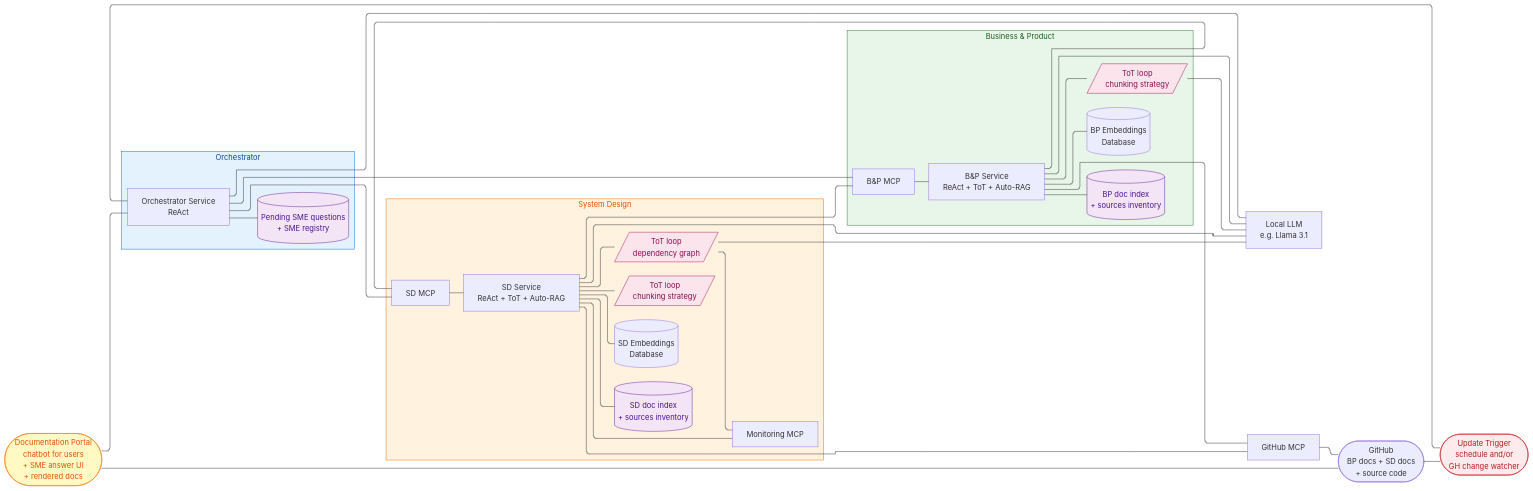
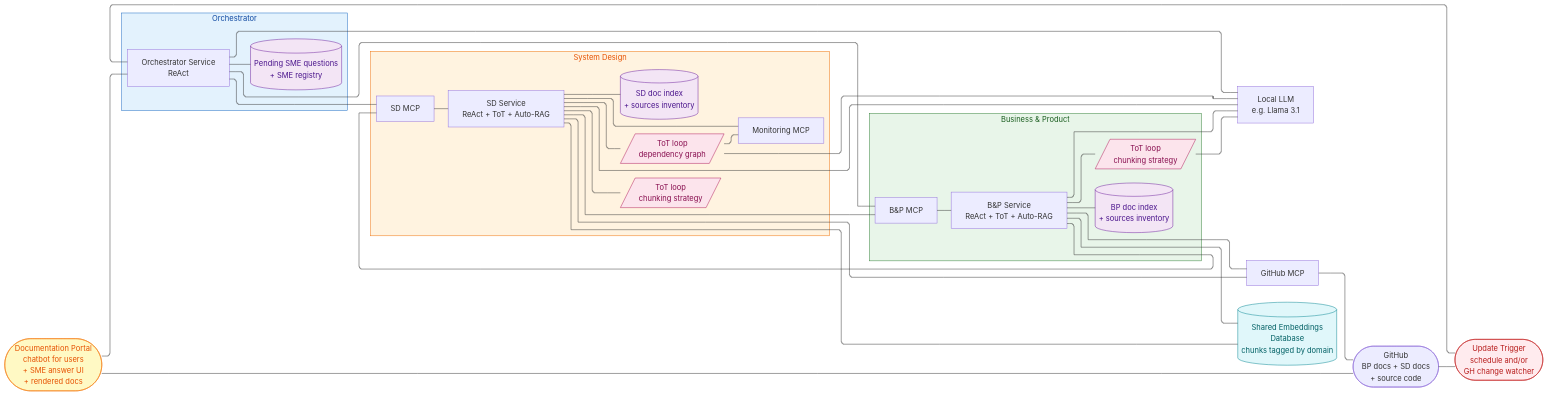
One commit to kikecorona/agentic-ai-capstone-project changed the first of 5 diagrams in PROJECT_ARCHITECTURE.md. Above: the diagram before and after it, drawn with Mermaid. The commit also changed other lines of this file and 1 other file, not shown here.

````diff
--- a/PROJECT_ARCHITECTURE.md
+++ b/PROJECT_ARCHITECTURE.md
@@ -127,76 +132,77 @@
 ```mermaid
 %%{init: {'flowchart': {'defaultRenderer': 'elk', 'curve': 'step'}}}%%
 flowchart LR
     Portal([Documentation Portal<br/>chatbot for users<br/>+ SME answer UI<br/>+ rendered docs])
     Trigger([Update Trigger<br/>schedule and/or<br/>GH change watcher])
     LLM[Local LLM<br/>e.g. Llama 3.1]
     GH([GitHub<br/>BP docs + SD docs<br/>+ source code])
     GH_MCP[GitHub MCP]
+    E_DS[(Shared Embeddings<br/>Database<br/>chunks tagged by domain)]
 
     subgraph OC [Orchestrator]
         OC_Service[Orchestrator Service<br/>ReAct]
         OC_DS[(Pending SME questions<br/>+ SME registry)]
         OC_Service --- OC_DS
     end
 
 subgraph BP [Business &amp; Product]
 BP_MCP[B&amp;P MCP]
 BP_Service[B&amp;P Service<br/>ReAct + ToT + Auto-RAG]
 BP_ToT[/ToT loop<br/>chunking strategy/]
-BP_E_DS[(BP Embeddings<br/>Database)]
 BP_DS[(BP doc index<br/>+ sources inventory)]
 BP_MCP --- BP_Service
 BP_Service --- BP_ToT
-BP_Service --- BP_E_DS
 BP_Service --- BP_DS
 end
 
 subgraph SD [System Design]
 SD_MCP[SD MCP]
 SD_Service[SD Service<br/>ReAct + ToT + Auto-RAG]
 SD_ToT[/ToT loop<br/>dependency graph/]
 SD_ToT_Chunk[/ToT loop<br/>chunking strategy/]
-SD_E_DS[(SD Embeddings<br/>Database)]
 SD_DS[(SD doc index<br/>+ sources inventory)]
 MON_MCP[Monitoring MCP]
 SD_MCP --- SD_Service
 SD_Service --- SD_ToT
 SD_Service --- SD_ToT_Chunk
-SD_Service --- SD_E_DS
 SD_Service --- SD_DS
 SD_ToT --- MON_MCP
 SD_Service --- MON_MCP
 end
 
 Portal --- OC_Service
 Portal --- GH
 Trigger --- OC_Service
 GH --- Trigger
 OC_Service --- LLM
 OC_Service --- BP_MCP
 OC_Service --- SD_MCP
 BP_Service --- LLM
 BP_ToT --- LLM
 BP_Service --- SD_MCP
 BP_Service --- GH_MCP
+BP_Service --- E_DS
 SD_Service --- LLM
 SD_ToT --- LLM
 SD_Service --- BP_MCP
 SD_Service --- GH_MCP
+SD_Service --- E_DS
 GH_MCP --- GH
 
 classDef oc fill: #E3F2FD, stroke: #1565C0, color:#0D47A1
 classDef bp fill: #E8F5E9, stroke:#2E7D32, color: #1B5E20
 classDef sd fill:#FFF3E0, stroke: #EF6C00, color: #E65100
 classDef tot fill: #FCE4EC, stroke: #AD1457,color: #880E4F
 classDef docs fill: #F3E5F5,stroke: #6A1B9A, color: #4A148C
+classDef shared fill: #E0F7FA, stroke: #00838F, color: #006064
 classDef portal fill: #FFF9C4, stroke: #F57F17, color:#E65100
 classDef trigger fill: #FFEBEE, stroke:#C62828, color: #B71C1C
 class OC oc
     class BP bp
     class SD sd
     class BP_ToT,SD_ToT,SD_ToT_Chunk tot
     class OC_DS,BP_DS,SD_DS docs
+    class E_DS shared
     class Portal portal
     class Trigger trigger
 ```
````
